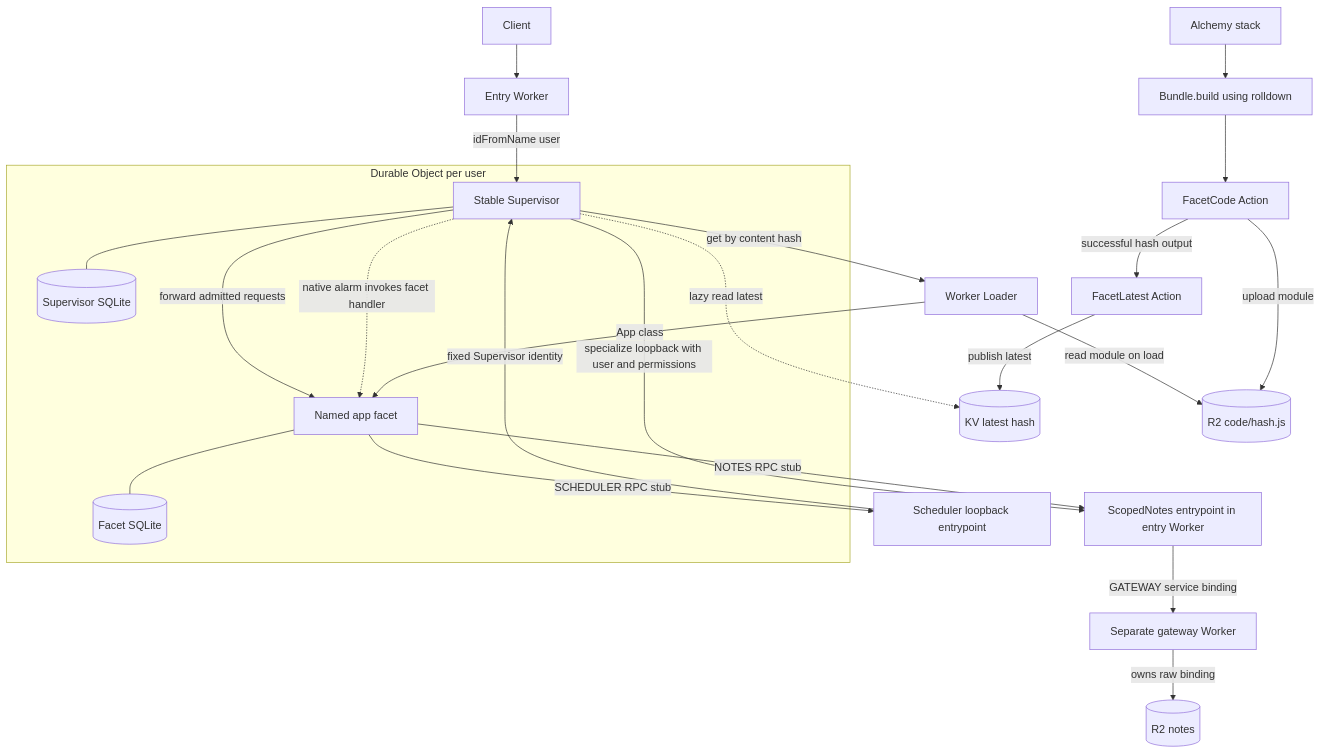
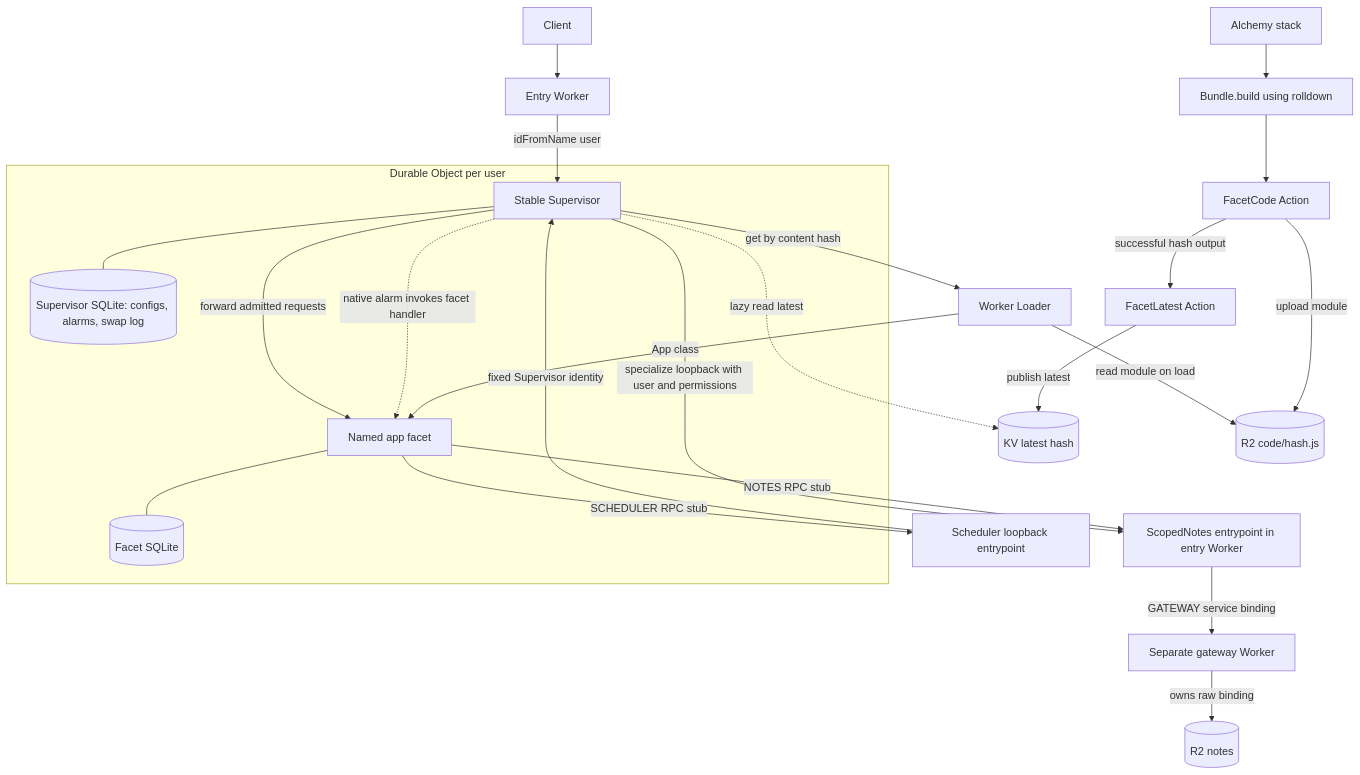
Before and after one commit to boarush/facet-swap: the first of 4 diagrams in README.md, drawn with Mermaid. The commit also changed other lines of this file and 2 other files, not shown here.

Commit message:
Verify swap diagnostics in real runtime and document log semantics

````diff
--- a/README.md
+++ b/README.md
@@ -21,26 +21,26 @@
 ```mermaid
 flowchart TB
   C[Client] --> E[Entry Worker]
   E -->|idFromName user| S
   subgraph DO[Durable Object per user]
     S[Stable Supervisor] -->|forward admitted requests| F[Named app facet]
-    S --- SD[(Supervisor SQLite)]
+    S --- SD[(Supervisor SQLite: configs, alarms, swap log)]
     F --- FD[(Facet SQLite)]
   end
   S -->|specialize loopback with user and permissions| N[ScopedNotes entrypoint in entry Worker]
   N -->|GATEWAY service binding| G[Separate gateway Worker]
   F -->|NOTES RPC stub| N
   F -->|SCHEDULER RPC stub| A[Scheduler loopback entrypoint]
   A -->|fixed Supervisor identity| S
   S -.->|native alarm invokes facet handler| F
   G -->|owns raw binding| NOTES[(R2 notes)]
   S -.->|lazy read latest| KV[(KV latest hash)]
   S -->|get by content hash| L[Worker Loader]
   L -->|read module on load| R2[(R2 code/hash.js)]
   L -->|App class| F
   STACK[Alchemy stack] --> B[Bundle.build using rolldown]
   B --> U[FacetCode Action]
   U -->|upload module| R2
   U -->|successful hash output| P[FacetLatest Action]
   P -->|publish latest| KV
 ```
````
